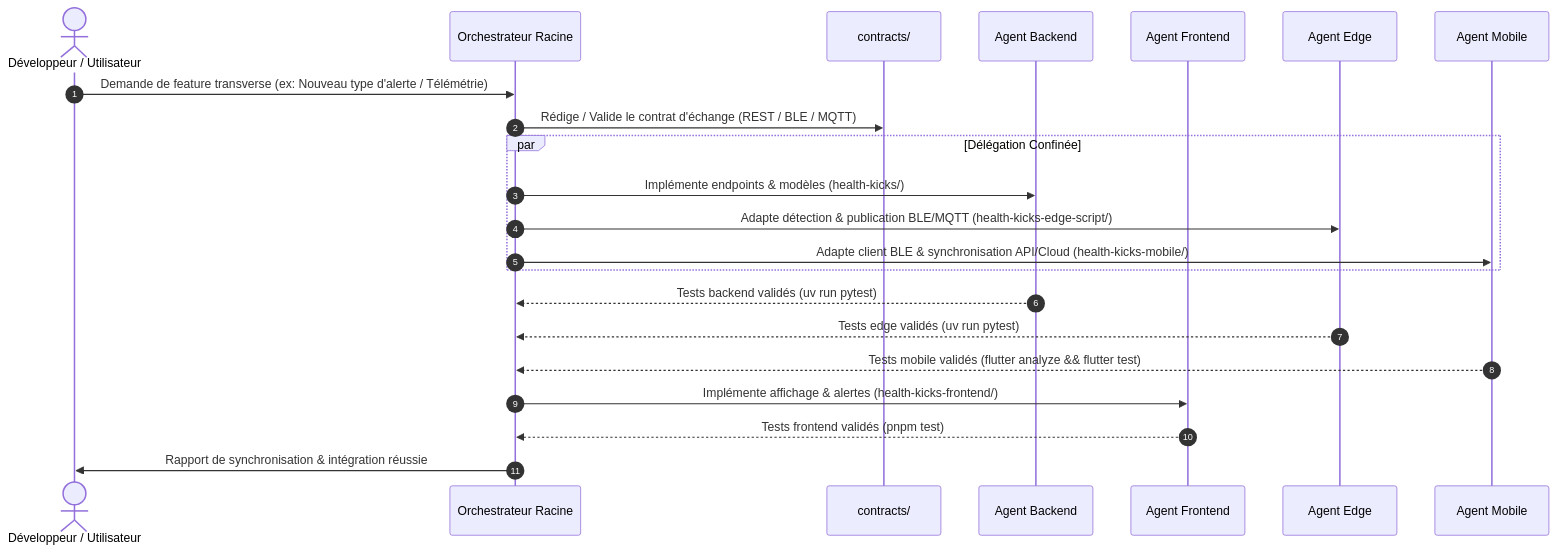
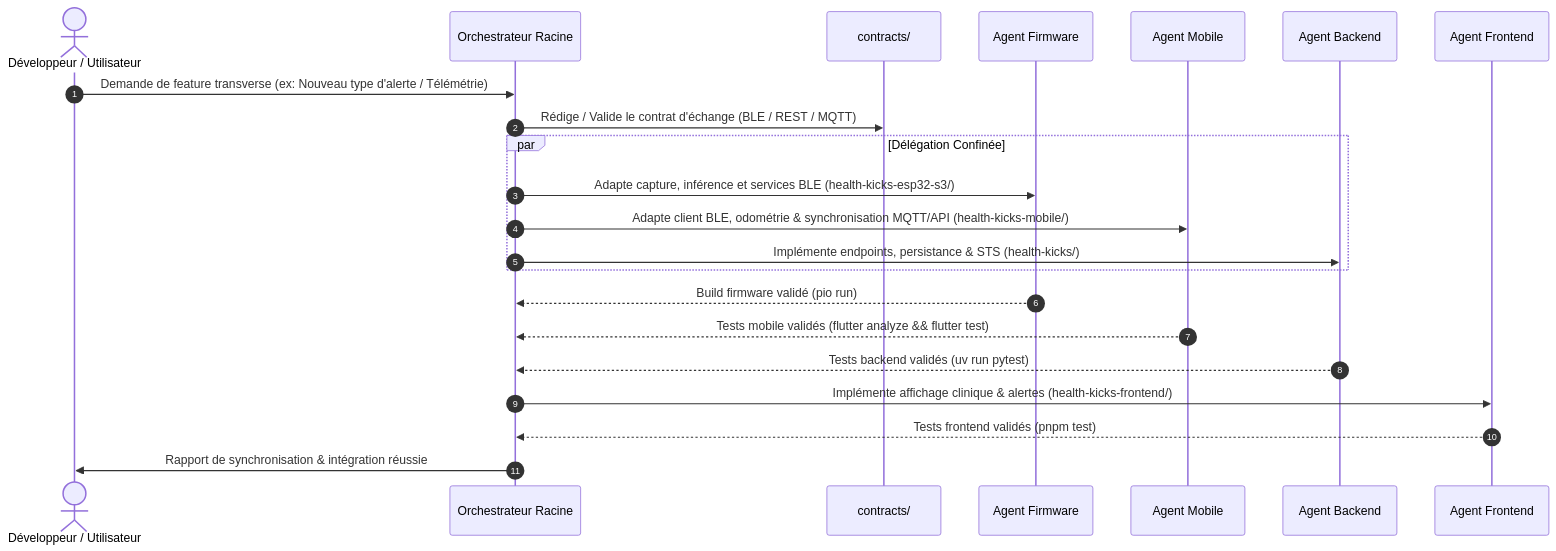
The diagram in .agents/AGENTS.md (daverck/health-kicks-ecosystem), drawn with Mermaid before and after one commit. The commit also changed other lines of this file and 16 other files, not shown here.

Commit message:
chore(ecosystem): remove legacy health-kicks-edge-script submodule and clean ecosystem references

````diff
--- a/.agents/AGENTS.md
+++ b/.agents/AGENTS.md
@@ -91,25 +87,25 @@
 ```mermaid
 sequenceDiagram
     autonumber
     actor User as Développeur / Utilisateur
     participant Orch as Orchestrateur Racine
     participant Contract as contracts/
+    participant FW as Agent Firmware
+    participant Mobile as Agent Mobile
     participant Backend as Agent Backend
     participant Frontend as Agent Frontend
-    participant Edge as Agent Edge
-    participant Mobile as Agent Mobile
 
     User->>Orch: Demande de feature transverse (ex: Nouveau type d'alerte / Télémétrie)
-    Orch->>Contract: Rédige / Valide le contrat d'échange (REST / BLE / MQTT)
+    Orch->>Contract: Rédige / Valide le contrat d'échange (BLE / REST / MQTT)
     par Délégation Confinée
-        Orch->>Backend: Implémente endpoints & modèles (health-kicks/)
-        Orch->>Edge: Adapte détection & publication BLE/MQTT (health-kicks-edge-script/)
-        Orch->>Mobile: Adapte client BLE & synchronisation API/Cloud (health-kicks-mobile/)
+        Orch->>FW: Adapte capture, inférence et services BLE (health-kicks-esp32-s3/)
+        Orch->>Mobile: Adapte client BLE, odométrie & synchronisation MQTT/API (health-kicks-mobile/)
+        Orch->>Backend: Implémente endpoints, persistance & STS (health-kicks/)
     end
+    FW-->>Orch: Build firmware validé (pio run)
+    Mobile-->>Orch: Tests mobile validés (flutter analyze && flutter test)
     Backend-->>Orch: Tests backend validés (uv run pytest)
-    Edge-->>Orch: Tests edge validés (uv run pytest)
-    Mobile-->>Orch: Tests mobile validés (flutter analyze && flutter test)
-    Orch->>Frontend: Implémente affichage & alertes (health-kicks-frontend/)
+    Orch->>Frontend: Implémente affichage clinique & alertes (health-kicks-frontend/)
     Frontend-->>Orch: Tests frontend validés (pnpm test)
     Orch->>User: Rapport de synchronisation & intégration réussie
 ```
````
